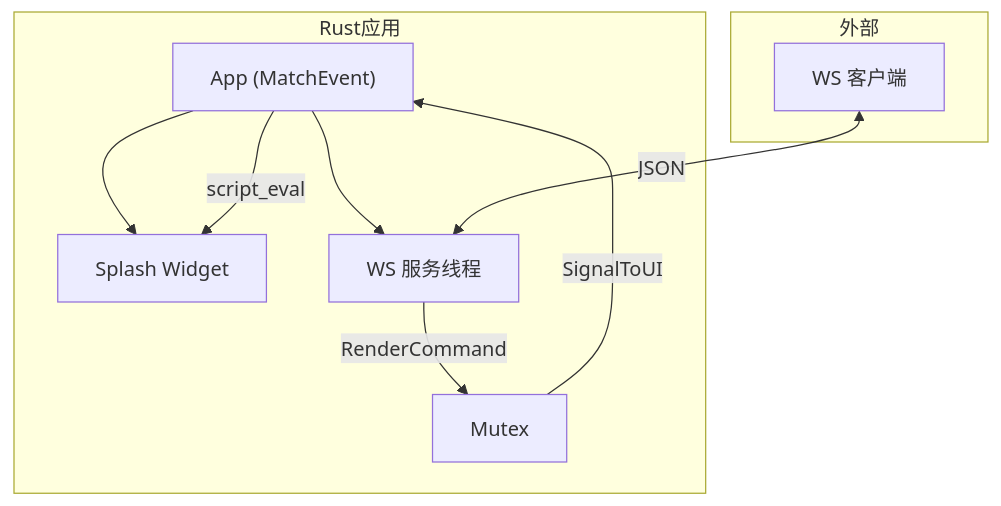
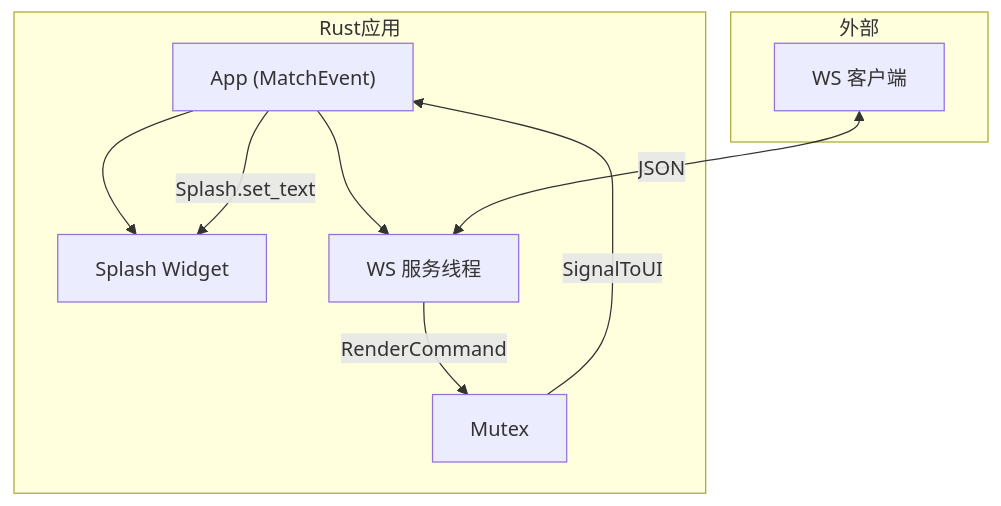
The second of 3 diagrams in src/zh/ch31-build-your-renderer.md (ZhangHanDong/makepad-2.0-book), drawn with Mermaid before and after one commit. The commit also changed other lines of this file and 6 other files, not shown here.

````diff
--- a/src/zh/ch31-build-your-renderer.md
+++ b/src/zh/ch31-build-your-renderer.md
@@ -21,13 +21,13 @@
 ```mermaid
 flowchart TD
     subgraph Rust应用
         A["App (MatchEvent)"] --> B["Splash Widget"]
         A --> C["WS 服务线程"]
         C -->|"RenderCommand"| Q["Mutex<VecDeque>"]
         Q -->|"SignalToUI"| A
-        A -->|"script_eval"| B
+        A -->|"Splash.set_text"| B
     end
     subgraph 外部
         D["WS 客户端"] <-->|"JSON"| C
     end
 ```
````
